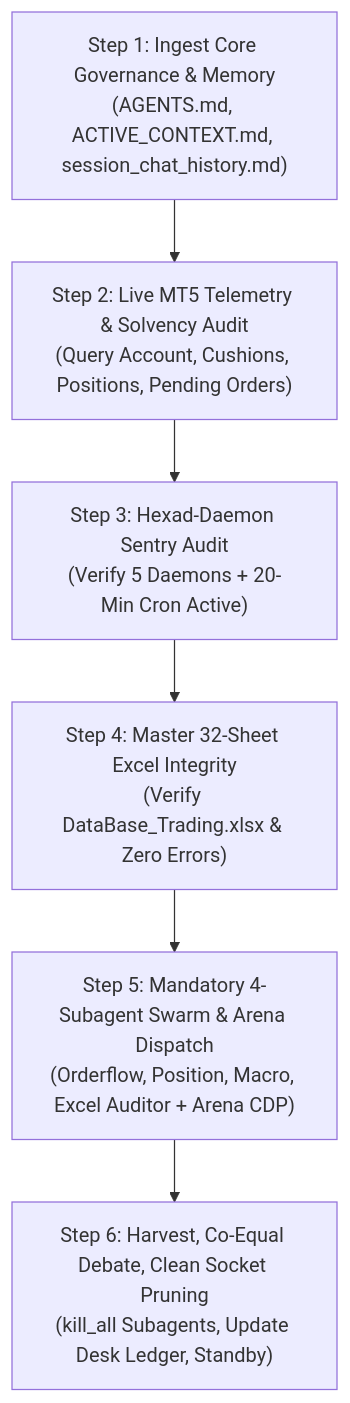
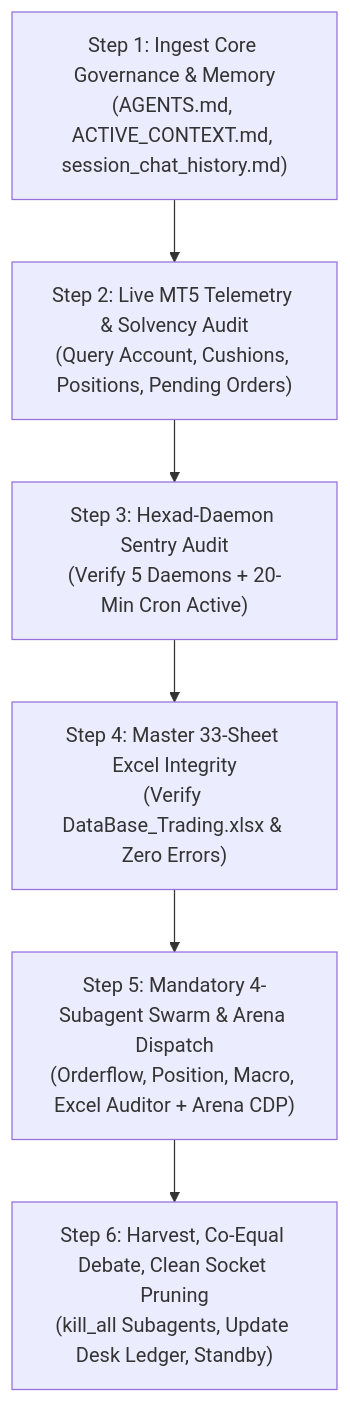
The diagram in Data/Manditory/ACCOUNT_SWITCH_BOOTSTRAP_PROTOCOL.md (kbsingh1399/Trading_2), drawn with Mermaid before and after one commit. The commit also changed other lines of this file and 104 other files, not shown here.

````diff
--- a/Data/Manditory/ACCOUNT_SWITCH_BOOTSTRAP_PROTOCOL.md
+++ b/Data/Manditory/ACCOUNT_SWITCH_BOOTSTRAP_PROTOCOL.md
@@ -23,11 +23,11 @@
 ```mermaid
 flowchart TD
     Step1["Step 1: Ingest Core Governance & Memory<br/>(AGENTS.md, ACTIVE_CONTEXT.md, session_chat_history.md)"]
     Step2["Step 2: Live MT5 Telemetry & Solvency Audit<br/>(Query Account, Cushions, Positions, Pending Orders)"]
     Step3["Step 3: Hexad-Daemon Sentry Audit<br/>(Verify 5 Daemons + 20-Min Cron Active)"]
-    Step4["Step 4: Master 32-Sheet Excel Integrity<br/>(Verify DataBase_Trading.xlsx & Zero Errors)"]
+    Step4["Step 4: Master 33-Sheet Excel Integrity<br/>(Verify DataBase_Trading.xlsx & Zero Errors)"]
     Step5["Step 5: Mandatory 4-Subagent Swarm & Arena Dispatch<br/>(Orderflow, Position, Macro, Excel Auditor + Arena CDP)"]
     Step6["Step 6: Harvest, Co-Equal Debate, Clean Socket Pruning<br/>(kill_all Subagents, Update Desk Ledger, Standby)"]
 
     Step1 --> Step2 --> Step3 --> Step4 --> Step5 --> Step6
 ```
````
